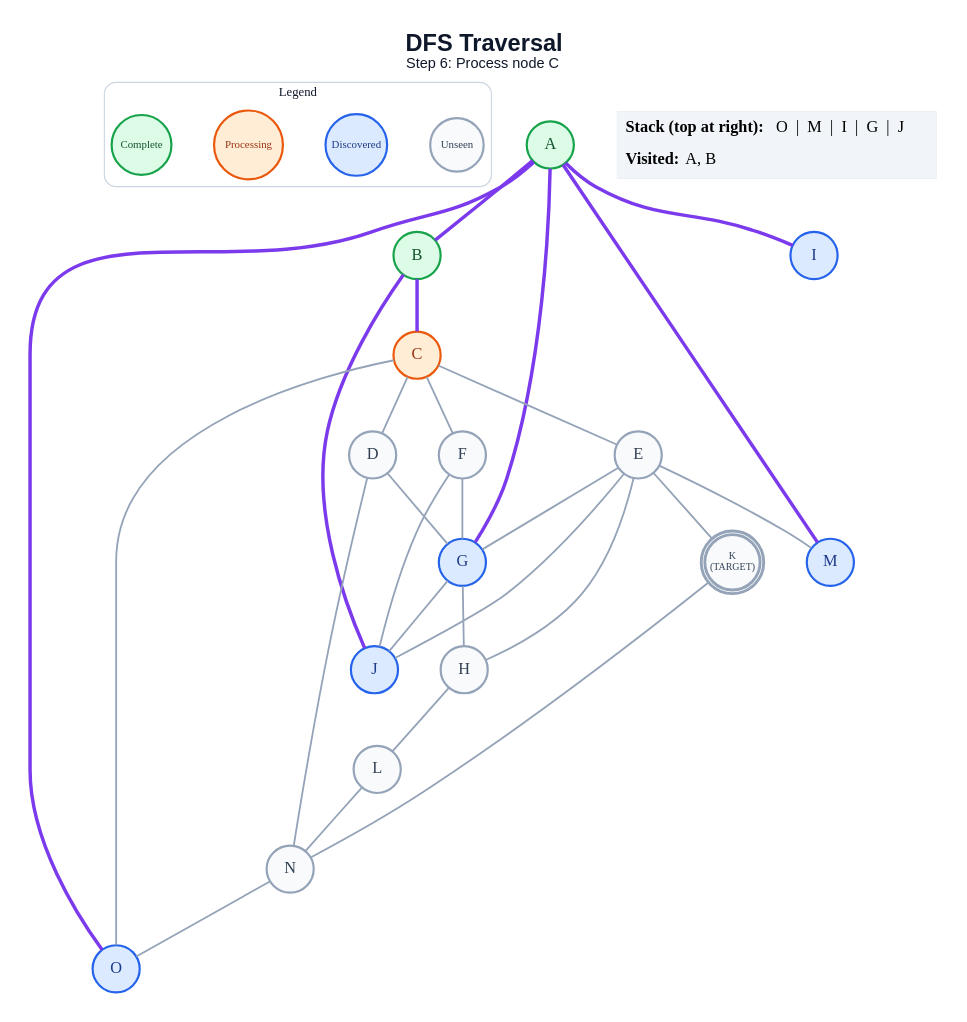
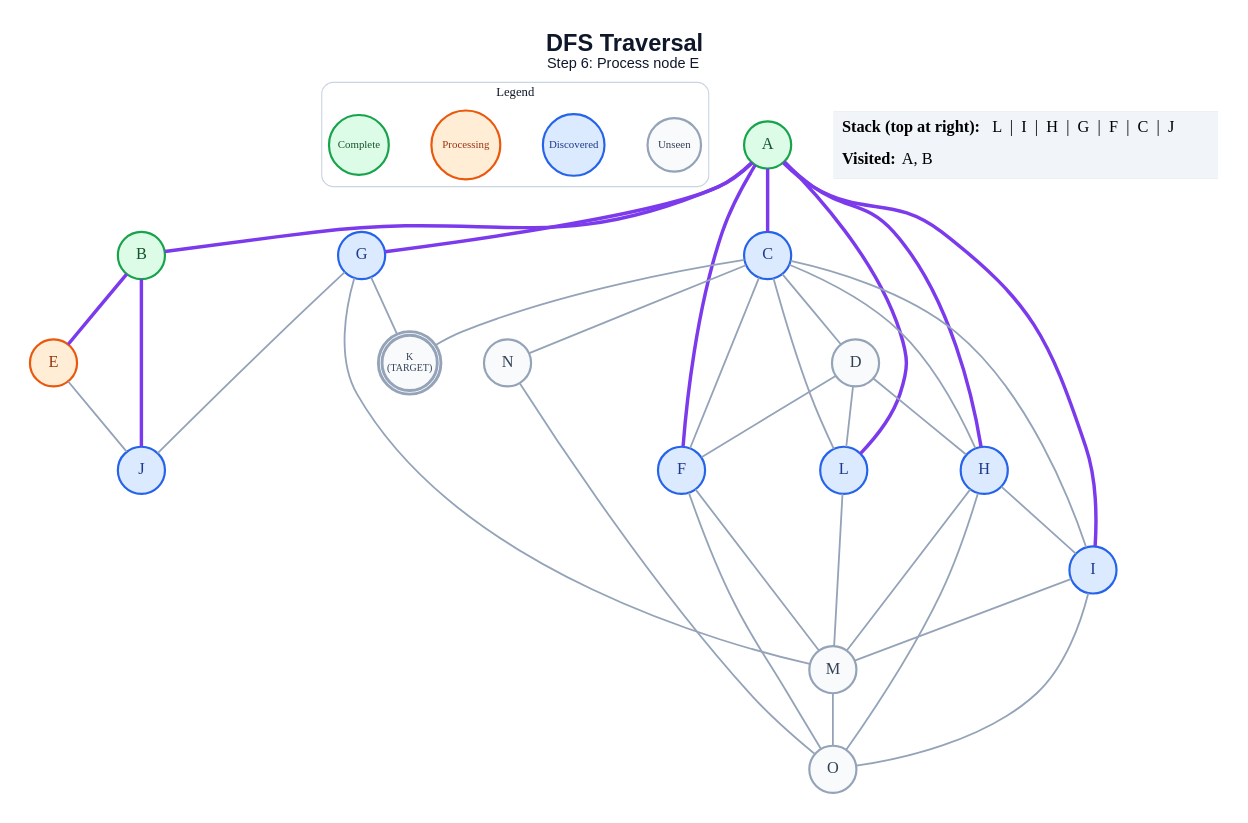
One commit to anon7238593-create/ai-slop changed the diagram in generated/dfs/step_06.dot. Above: the diagram before and after it, drawn with Graphviz. The commit also changed 265 other files, not shown here.

```diff
--- a/generated/dfs/step_06.dot
+++ b/generated/dfs/step_06.dot
@@ -1,60 +1,67 @@
 graph traversal {
   graph [layout=dot, rankdir=TB, bgcolor="#FFFFFF", pad="0.35", nodesep="0.65", ranksep="0.8", fontname="Arial"];
   node [shape=circle, style="filled", fontname="Arial Bold", fontsize=18, width=0.72, fixedsize=true, penwidth=2.4];
   edge [color="#94A3B8", penwidth=2.0];
-  label=<<B>DFS Traversal</B><BR/><FONT POINT-SIZE="16">Step 6: Process node C</FONT>>; labelloc="t"; fontsize=26; fontname="Arial"; fontcolor="#0F172A";
+  label=<<B>DFS Traversal</B><BR/><FONT POINT-SIZE="16">Step 6: Process node E</FONT>>; labelloc="t"; fontsize=26; fontname="Arial"; fontcolor="#0F172A";
   subgraph cluster_legend { label="Legend"; color="#CBD5E1"; penwidth=1.2; style="rounded"; fontsize=14; fontname="Arial Bold";
     key_unseen [label="Unseen", fillcolor="#F8FAFC", color="#94A3B8", fontcolor="#334155", fontsize=12, width=0.82];
     key_frontier [label="Discovered", fillcolor="#DBEAFE", color="#2563EB", fontcolor="#1E3A8A", fontsize=12, width=0.95];
     key_current [label="Processing", fillcolor="#FFEDD5", color="#EA580C", fontcolor="#9A3412", fontsize=12, width=1.05];
     key_done [label="Complete", fillcolor="#DCFCE7", color="#16A34A", fontcolor="#14532D", fontsize=12, width=0.92];
     { rank=same; key_unseen; key_frontier; key_current; key_done; }
   }
   A [label="A", fillcolor="#DCFCE7", color="#16A34A", fontcolor="#14532D", peripheries=1, penwidth=2.4];
   B [label="B", fillcolor="#DCFCE7", color="#16A34A", fontcolor="#14532D", peripheries=1, penwidth=2.4];
-  C [label="C", fillcolor="#FFEDD5", color="#EA580C", fontcolor="#9A3412", peripheries=1, penwidth=2.4];
+  C [label="C", fillcolor="#DBEAFE", color="#2563EB", fontcolor="#1E3A8A", peripheries=1, penwidth=2.4];
   D [label="D", fillcolor="#F8FAFC", color="#94A3B8", fontcolor="#334155", peripheries=1, penwidth=2.4];
-  E [label="E", fillcolor="#F8FAFC", color="#94A3B8", fontcolor="#334155", peripheries=1, penwidth=2.4];
-  F [label="F", fillcolor="#F8FAFC", color="#94A3B8", fontcolor="#334155", peripheries=1, penwidth=2.4];
+  E [label="E", fillcolor="#FFEDD5", color="#EA580C", fontcolor="#9A3412", peripheries=1, penwidth=2.4];
+  F [label="F", fillcolor="#DBEAFE", color="#2563EB", fontcolor="#1E3A8A", peripheries=1, penwidth=2.4];
   G [label="G", fillcolor="#DBEAFE", color="#2563EB", fontcolor="#1E3A8A", peripheries=1, penwidth=2.4];
-  H [label="H", fillcolor="#F8FAFC", color="#94A3B8", fontcolor="#334155", peripheries=1, penwidth=2.4];
+  H [label="H", fillcolor="#DBEAFE", color="#2563EB", fontcolor="#1E3A8A", peripheries=1, penwidth=2.4];
   I [label="I", fillcolor="#DBEAFE", color="#2563EB", fontcolor="#1E3A8A", peripheries=1, penwidth=2.4];
   J [label="J", fillcolor="#DBEAFE", color="#2563EB", fontcolor="#1E3A8A", peripheries=1, penwidth=2.4];
   K [label="K\n(TARGET)", fillcolor="#F8FAFC", color="#94A3B8", fontcolor="#334155", peripheries=2, penwidth=3.2, fontsize=11, width=0.85, height=0.85];
-  L [label="L", fillcolor="#F8FAFC", color="#94A3B8", fontcolor="#334155", peripheries=1, penwidth=2.4];
-  M [label="M", fillcolor="#DBEAFE", color="#2563EB", fontcolor="#1E3A8A", peripheries=1, penwidth=2.4];
+  L [label="L", fillcolor="#DBEAFE", color="#2563EB", fontcolor="#1E3A8A", peripheries=1, penwidth=2.4];
+  M [label="M", fillcolor="#F8FAFC", color="#94A3B8", fontcolor="#334155", peripheries=1, penwidth=2.4];
   N [label="N", fillcolor="#F8FAFC", color="#94A3B8", fontcolor="#334155", peripheries=1, penwidth=2.4];
-  O [label="O", fillcolor="#DBEAFE", color="#2563EB", fontcolor="#1E3A8A", peripheries=1, penwidth=2.4];
+  O [label="O", fillcolor="#F8FAFC", color="#94A3B8", fontcolor="#334155", peripheries=1, penwidth=2.4];
   A -- B [color="#7C3AED", penwidth=3.8];
+  A -- C [color="#7C3AED", penwidth=3.8];
+  A -- F [color="#7C3AED", penwidth=3.8];
   A -- G [color="#7C3AED", penwidth=3.8];
+  A -- H [color="#7C3AED", penwidth=3.8];
   A -- I [color="#7C3AED", penwidth=3.8];
-  A -- M [color="#7C3AED", penwidth=3.8];
-  A -- O [color="#7C3AED", penwidth=3.8];
-  B -- C [color="#7C3AED", penwidth=3.8];
+  A -- L [color="#7C3AED", penwidth=3.8];
+  B -- E [color="#7C3AED", penwidth=3.8];
   B -- J [color="#7C3AED", penwidth=3.8];
   C -- D;
-  C -- E;
   C -- F;
-  C -- O;
-  D -- G;
-  D -- N;
-  E -- G;
-  E -- H;
+  C -- H;
+  C -- I;
+  C -- K;
+  C -- L;
+  C -- N;
+  D -- F;
+  D -- H;
+  D -- L;
   E -- J;
-  E -- K;
-  E -- M;
-  F -- G;
-  F -- J;
-  G -- H;
+  F -- M;
+  F -- O;
   G -- J;
-  H -- L;
-  K -- N;
-  L -- N;
+  G -- K;
+  G -- M;
+  H -- I;
+  H -- M;
+  H -- O;
+  I -- M;
+  I -- O;
+  L -- M;
+  M -- O;
   N -- O;
   status [shape=plain, fixedsize=false, width=0, height=0, margin=0, label=<
     <TABLE BORDER="0" CELLBORDER="0" CELLPADDING="7" BGCOLOR="#F1F5F9">
-      <TR><TD ALIGN="LEFT"><B>Stack (top at right):</B> O  |  M  |  I  |  G  |  J</TD></TR>
+      <TR><TD ALIGN="LEFT"><B>Stack (top at right):</B> L  |  I  |  H  |  G  |  F  |  C  |  J</TD></TR>
       <TR><TD ALIGN="LEFT"><B>Visited:</B> A, B</TD></TR>
     </TABLE>
   >];
 }
```
